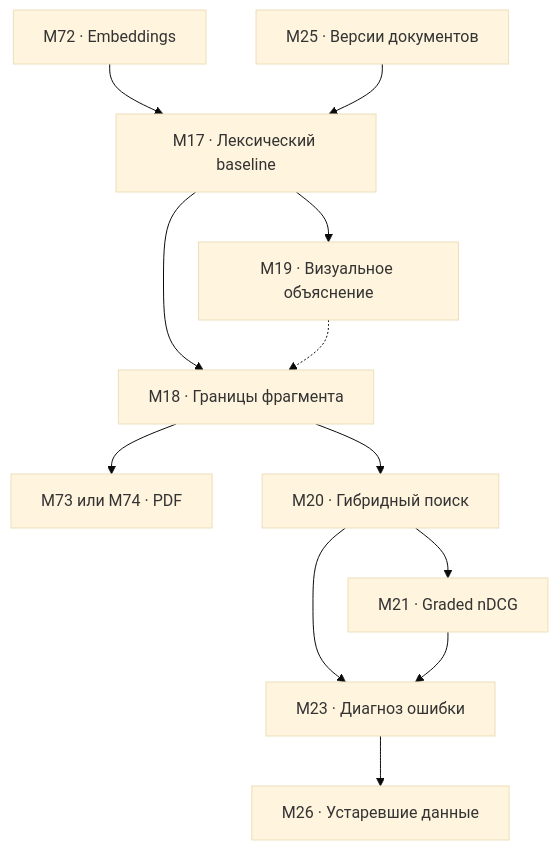
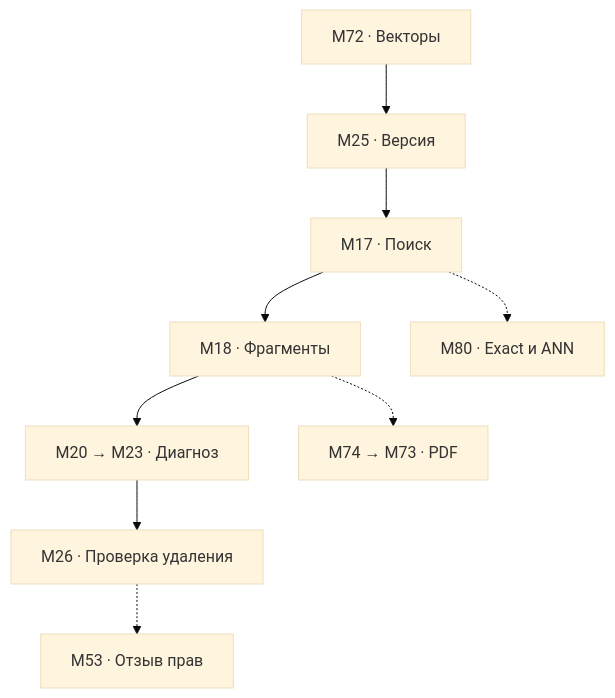
The diagram in retrieval.md (620474/applied-ai-reading), drawn with Mermaid (base theme) before and after one commit. The commit also changed other lines of this file and 6 other files, not shown here.

````diff
--- a/retrieval.md
+++ b/retrieval.md
@@ -5,13 +5,9 @@
 ```mermaid
 flowchart TD
-V["M72 · Embeddings"] --> A
-B --> P["M73 или M74 · PDF"]
-X["M25 · Версии документов"] --> A["M17 · Лексический baseline"] --> B["M18 · Границы фрагмента"]
-A --> C["M19 · Визуальное объяснение"]
-B --> D["M20 · Гибридный поиск"]
-C -.-> B
-D --> E["M21 · Graded nDCG"]
-D --> F["M23 · Диагноз ошибки"]
-E --> F
-F --> G["M26 · Устаревшие данные"]
+A["M72 · Векторы"] --> B["M25 · Версия"] --> C["M17 · Поиск"]
+C --> D["M18 · Фрагменты"] --> E["M20 → M23 · Диагноз"]
+E --> F["M26 · Проверка удаления"]
+C -.-> V["M80 · Exact и ANN"]
+D -.-> P["M74 → M73 · PDF"]
+F -.-> R["M53 · Отзыв прав"]
 ```
````
